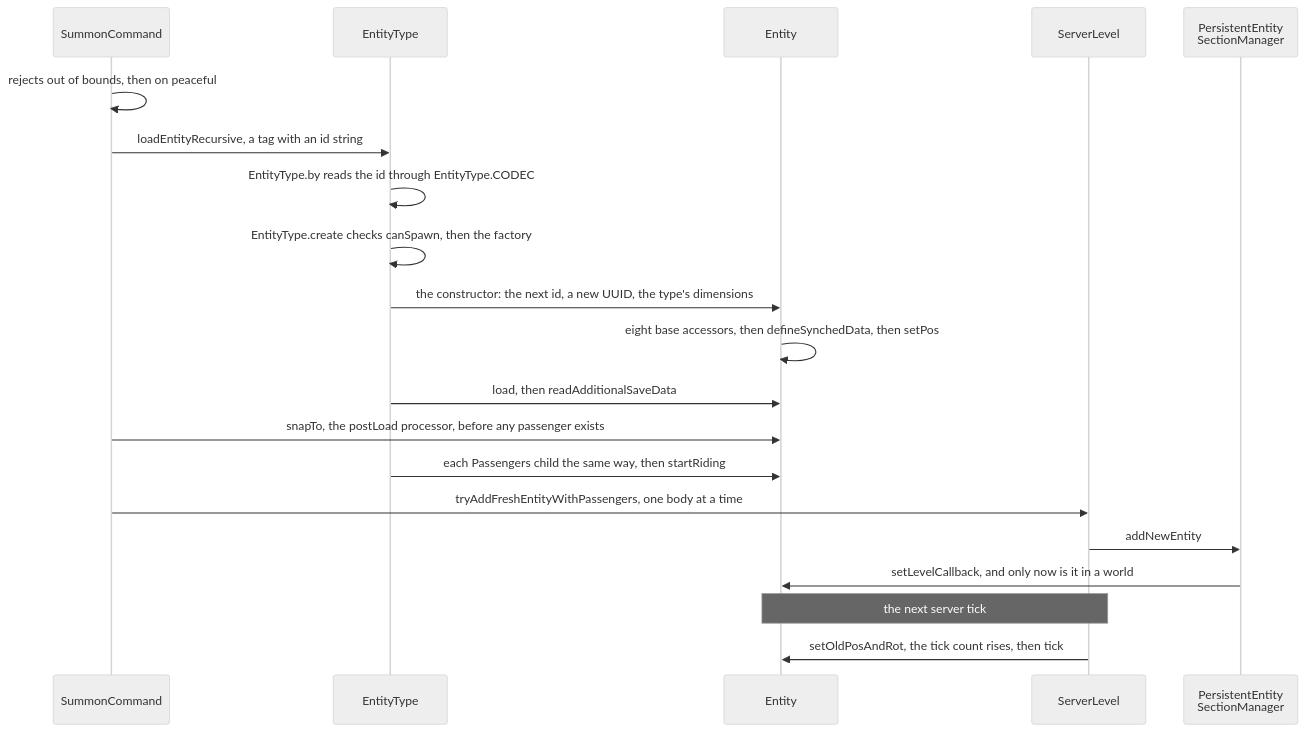
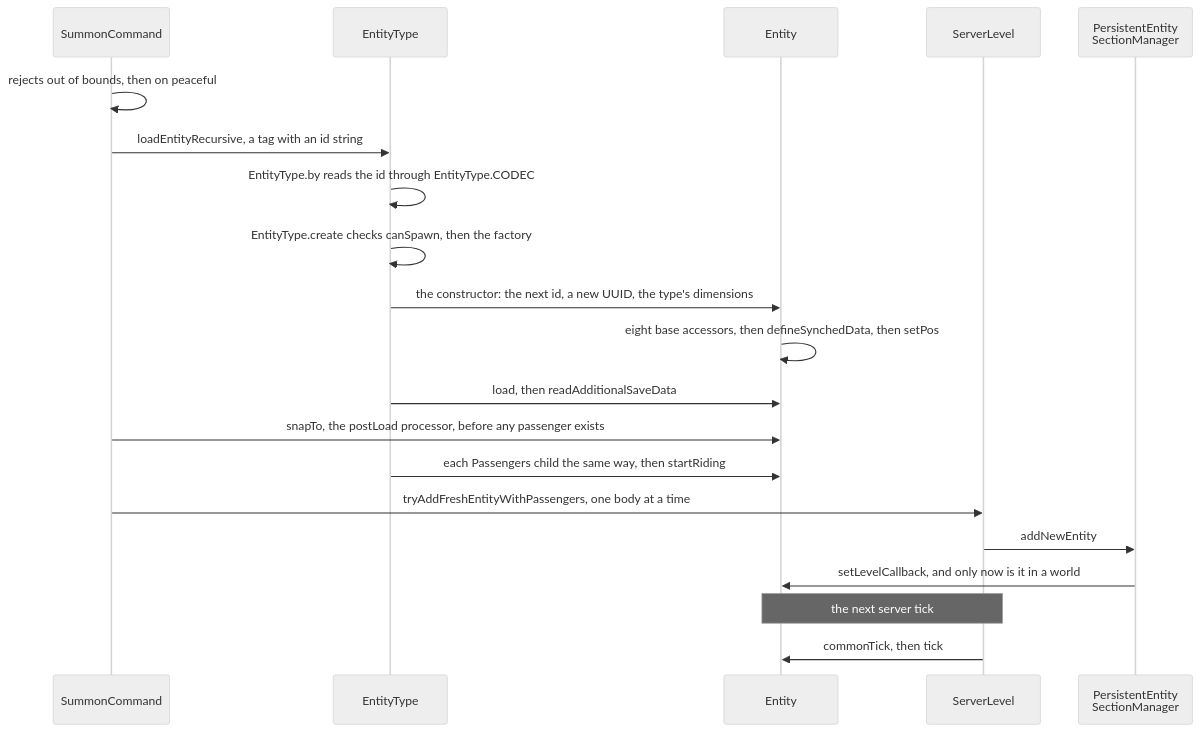
One commit to AlexanderjFraser/MinecraftDocs changed the second of 3 diagrams in src/systems/entities/entity-anatomy.md. Above: the diagram before and after it, drawn with Mermaid (neutral theme). The commit also changed other lines of this file and 21 other files, not shown here.

````diff
--- a/src/systems/entities/entity-anatomy.md
+++ b/src/systems/entities/entity-anatomy.md
@@ -250,23 +251,23 @@
 ```mermaid
 sequenceDiagram
     participant SumC as SummonCommand
     participant ET as EntityType
     participant Entity as Entity
     participant SL as ServerLevel
     participant PESM as PersistentEntity<br/>SectionManager
 
     SumC->>SumC: rejects out of bounds, then on peaceful
     SumC->>ET: loadEntityRecursive, a tag with an id string
     ET->>ET: EntityType.by reads the id through EntityType.CODEC
     ET->>ET: EntityType.create checks canSpawn, then the factory
     ET->>Entity: the constructor: the next id, a new UUID, the type's dimensions
     Entity->>Entity: eight base accessors, then defineSynchedData, then setPos
     ET->>Entity: load, then readAdditionalSaveData
     SumC->>Entity: snapTo, the postLoad processor, before any passenger exists
     ET->>Entity: each Passengers child the same way, then startRiding
     SumC->>SL: tryAddFreshEntityWithPassengers, one body at a time
     SL->>PESM: addNewEntity
     PESM->>Entity: setLevelCallback, and only now is it in a world
     Note over SL,Entity: the next server tick
-    SL->>Entity: setOldPosAndRot, the tick count rises, then tick
+    SL->>Entity: commonTick, then tick
 ```
````
